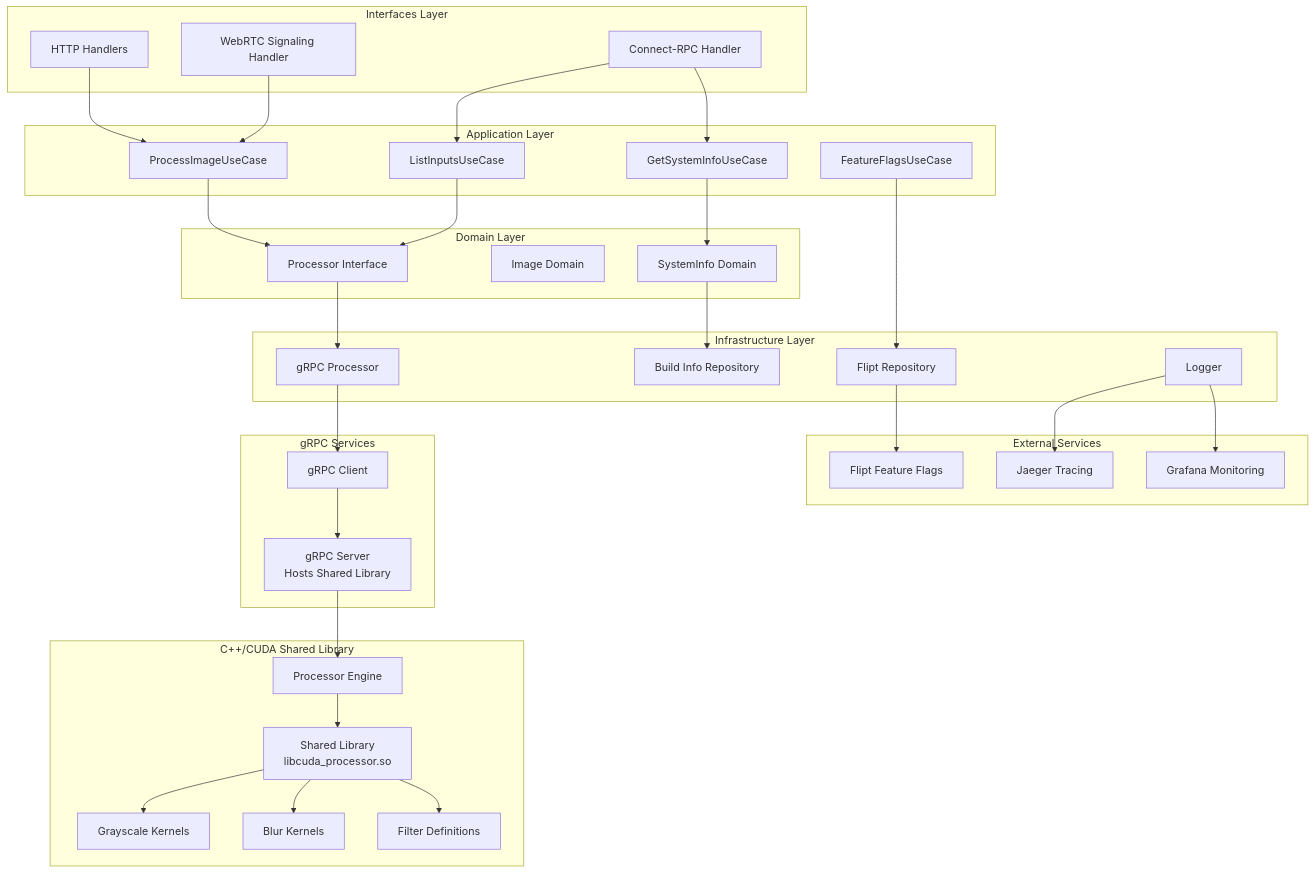
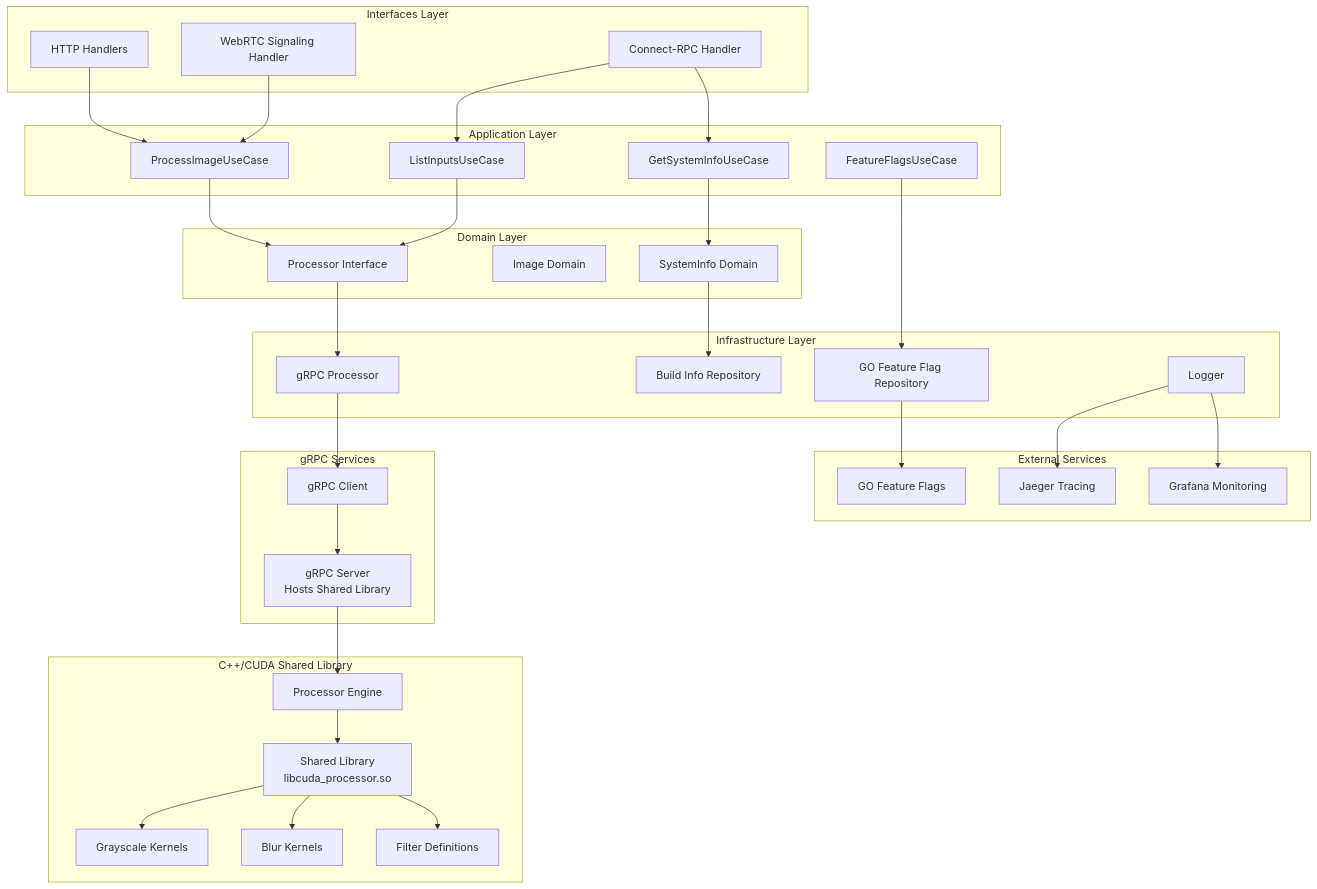
The second of 2 diagrams in README.md (josnelihurt/learning-cuda), drawn with Mermaid before and after one commit. The commit also changed other lines of this file and 45 other files, not shown here.

````diff
--- a/README.md
+++ b/README.md
@@ -100,72 +100,72 @@
 ```mermaid
 graph TB
     subgraph "Interfaces Layer"
         HTTP[HTTP Handlers]
         WebRTC_Handler[WebRTC Signaling Handler]
         ConnectRPC_Handler[Connect-RPC Handler]
     end
     
     subgraph "Application Layer"
         ProcessImage[ProcessImageUseCase]
         ListInputs[ListInputsUseCase]
         GetSystemInfo[GetSystemInfoUseCase]
         FeatureFlags[FeatureFlagsUseCase]
     end
     
     subgraph "Domain Layer"
         Processor[Processor Interface]
         Image[Image Domain]
         SystemInfo[SystemInfo Domain]
     end
     
     subgraph "Infrastructure Layer"
         GRPCProcessor[gRPC Processor]
         BuildInfo[Build Info Repository]
-        FliptRepo[Flipt Repository]
+        GoFeatureFlagRepository[GO Feature Flag Repository]
         Logger[Logger]
     end
-    
+
     subgraph "C++/CUDA Shared Library"
         SharedLibrary[Shared Library<br/>libcuda_processor.so]
         ProcessorEngine[Processor Engine]
         GrayscaleKernel[Grayscale Kernels]
         BlurKernel[Blur Kernels]
         FilterDefs[Filter Definitions]
     end
-    
+
     subgraph "gRPC Services"
         GRPCServerService[gRPC Server<br/>Hosts Shared Library]
         GRPCClientService[gRPC Client]
     end
-    
+
     subgraph "External Services"
-        Flipt[Flipt Feature Flags]
+        GOFeatureFlags[GO Feature Flags]
         Jaeger[Jaeger Tracing]
         Grafana[Grafana Monitoring]
     end
-    
+
     HTTP --> ProcessImage
     WebRTC_Handler --> ProcessImage
     ConnectRPC_Handler --> ListInputs
     ConnectRPC_Handler --> GetSystemInfo
-    
+
     ProcessImage --> Processor
     ListInputs --> Processor
     GetSystemInfo --> SystemInfo
-    
+
     Processor --> GRPCProcessor
     SystemInfo --> BuildInfo
-    FeatureFlags --> FliptRepo
-    
+    FeatureFlags --> GoFeatureFlagRepository
+
     GRPCProcessor --> GRPCClientService
     GRPCClientService --> GRPCServerService
     GRPCServerService --> ProcessorEngine
     ProcessorEngine --> SharedLibrary
     SharedLibrary --> GrayscaleKernel
     SharedLibrary --> BlurKernel
     SharedLibrary --> FilterDefs
-    
-    FliptRepo --> Flipt
+
+    GoFeatureFlagRepository --> GOFeatureFlags
     Logger --> Jaeger
     Logger --> Grafana
 ```
````
